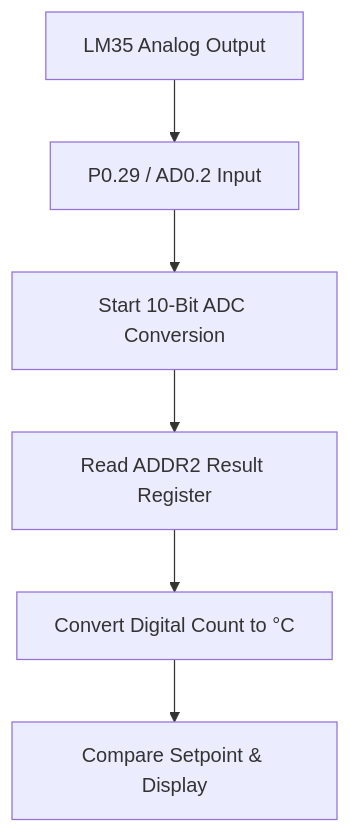
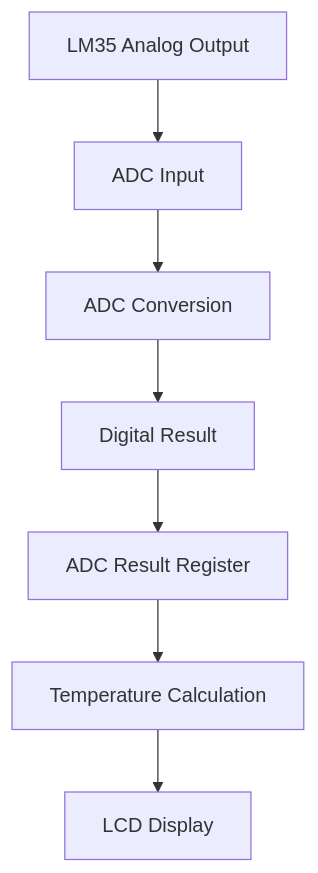
One commit to maghambhanu/LPC2148-Industrial-Environment-Monitor changed the third of 10 diagrams in README.md. Above: the diagram before and after it, drawn with Mermaid. The commit also changed other lines of this file, not shown here.

````diff
--- a/README.md
+++ b/README.md
@@ -154,8 +160,9 @@
 ```mermaid
 flowchart TD
-    A[LM35 Analog Output] --> B[P0.29 / AD0.2 Input]
-    B --> C[Start 10-Bit ADC Conversion]
-    C --> D[Read ADDR2 Result Register]
-    D --> E[Convert Digital Count to °C]
-    E --> F[Compare Setpoint & Display]
+    A[LM35 Analog Output] --> B[ADC Input]
+    B --> C[ADC Conversion]
+    C --> D[Digital Result]
+    D --> E[ADC Result Register]
+    E --> F[Temperature Calculation]
+    F --> G[LCD Display]
 ```
````
